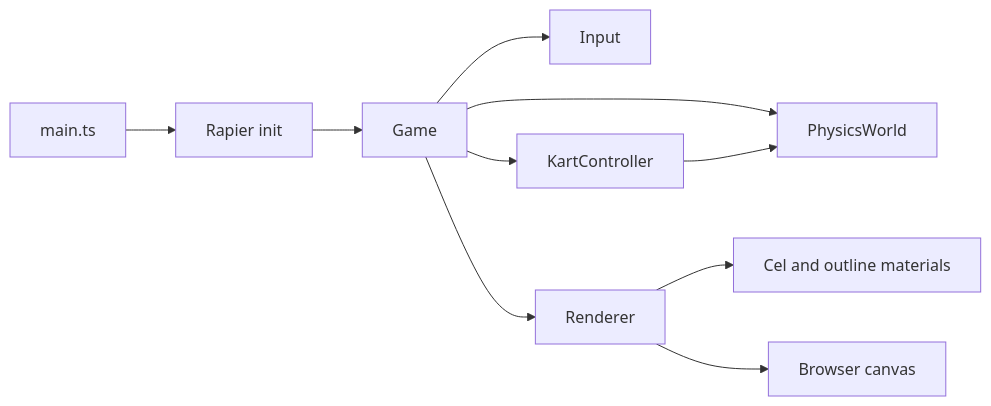
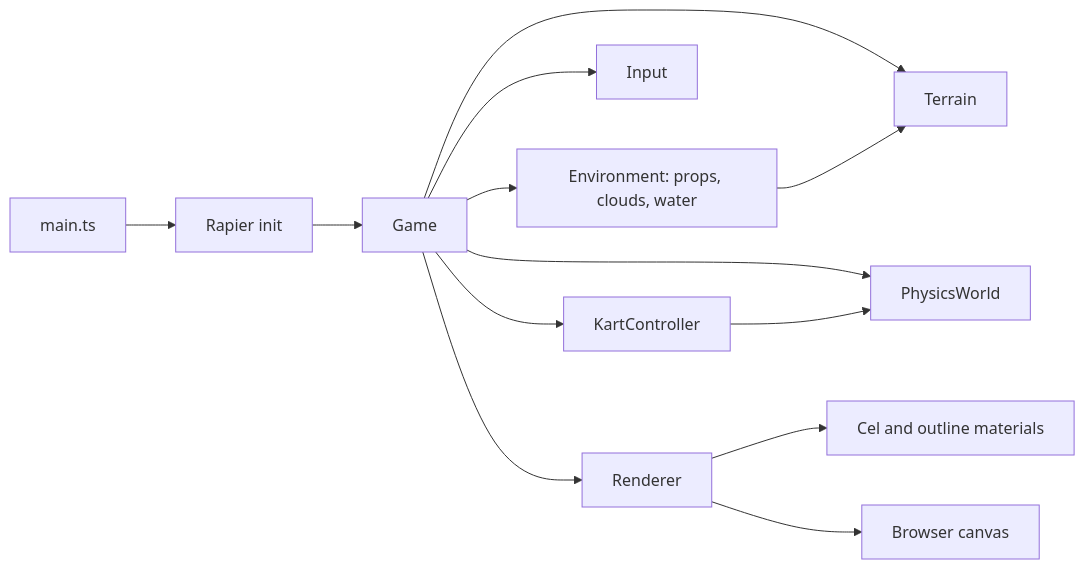
One commit to jjgroenendijk/cart-game changed the diagram in AGENTS.md. Above: the diagram before and after it, drawn with Mermaid. The commit also changed 4 other files, not shown here.

First line of the commit message:
refactor(game): wire Environment + frame update + dispose

````diff
--- a/AGENTS.md
+++ b/AGENTS.md
@@ -29,12 +29,15 @@
 ```mermaid
 flowchart LR
   main[main.ts] --> rapier[Rapier init]
   rapier --> game[Game]
+  game --> terrain[Terrain]
+  game --> env[Environment: props, clouds, water]
+  env --> terrain
   game --> input[Input]
   game --> physics[PhysicsWorld]
   game --> kart[KartController]
   kart --> physics
   game --> renderer[Renderer]
   renderer --> materials[Cel and outline materials]
   renderer --> canvas[Browser canvas]
 ```
````
